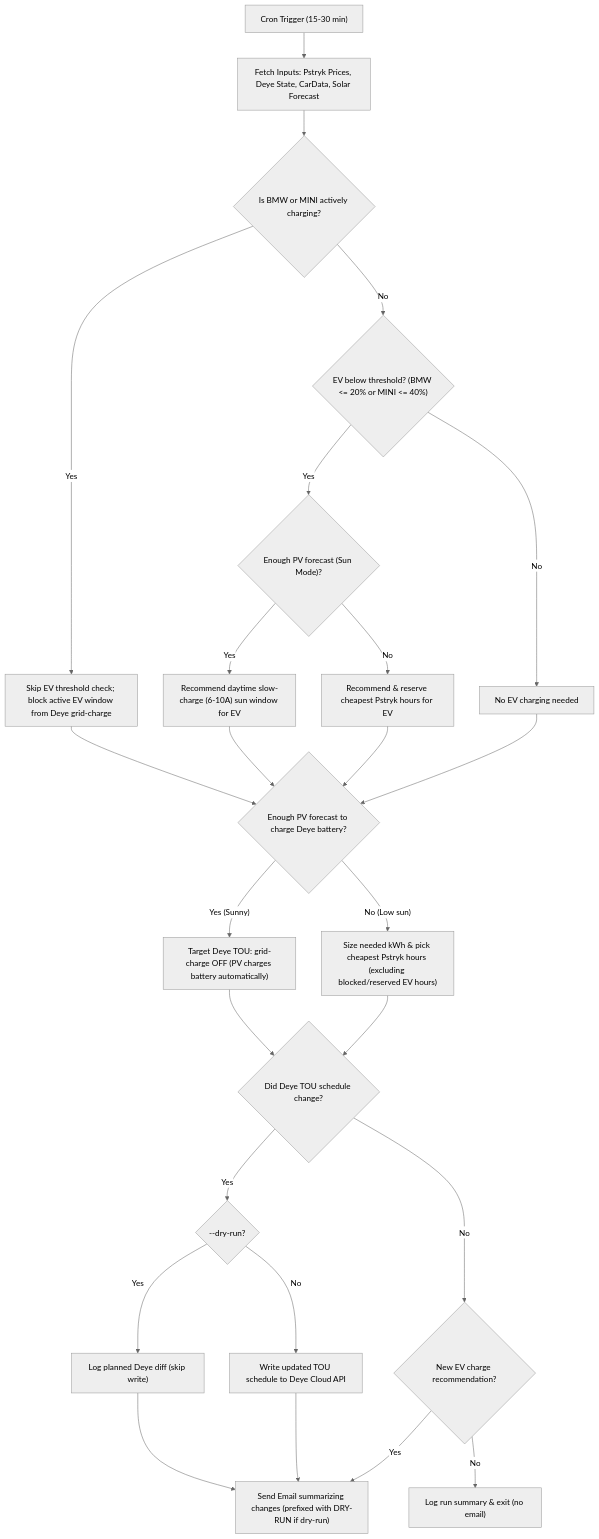
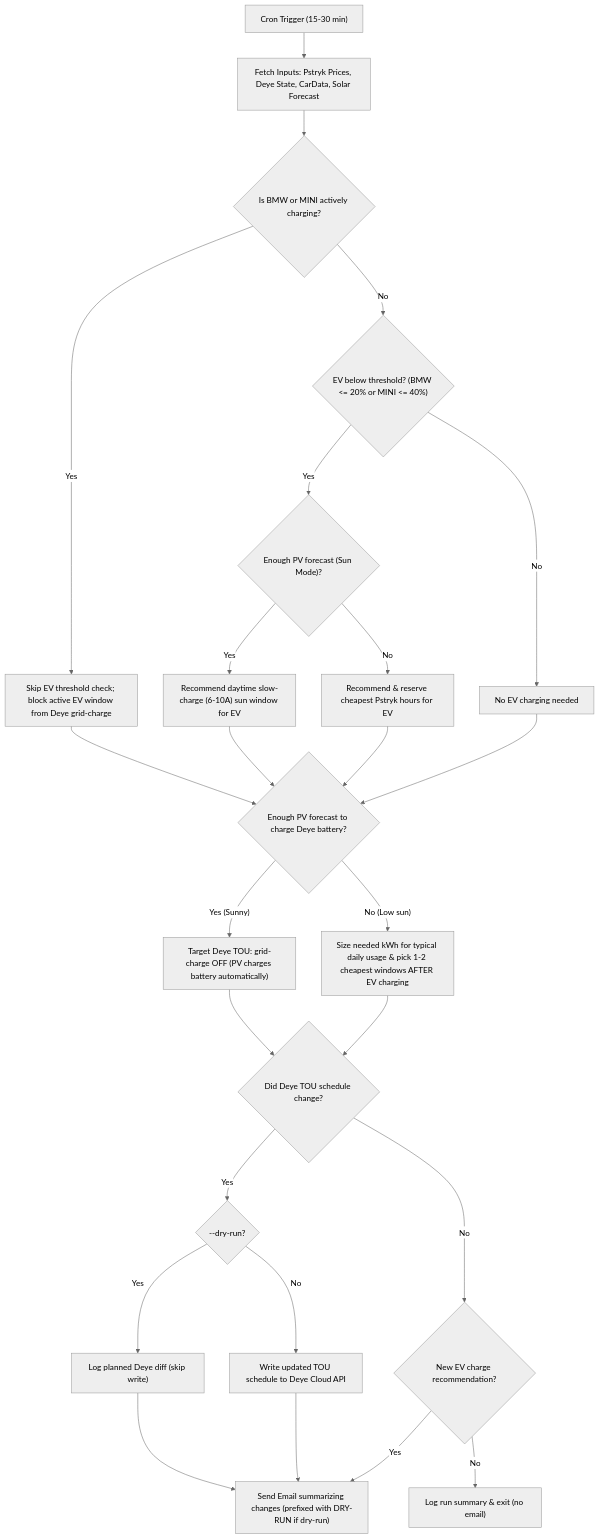
One commit to rsamborski/cheap-watts changed the diagram in docs/planning/execution-plan.md. Above: the diagram before and after it, drawn with Mermaid (neutral theme). The commit also changed other lines of this file and 3 other files, not shown here.

````diff
--- a/docs/planning/execution-plan.md
+++ b/docs/planning/execution-plan.md
@@ -64,36 +64,36 @@
 ```mermaid
 flowchart TD
     A["Cron Trigger (15-30 min)"] --> B["Fetch Inputs: Pstryk Prices, Deye State, CarData, Solar Forecast"]
 
     %% Step 1: EV state & reservation
     B --> C{"Is BMW or MINI actively charging?"}
     C -- Yes --> D["Skip EV threshold check; block active EV window from Deye grid-charge"]
     C -- No --> E{"EV below threshold? (BMW <= 20% or MINI <= 40%)"}
     E -- Yes --> F{"Enough PV forecast (Sun Mode)?"}
     F -- Yes --> G["Recommend daytime slow-charge (6-10A) sun window for EV"]
     F -- No --> H["Recommend & reserve cheapest Pstryk hours for EV"]
     E -- No --> I["No EV charging needed"]
 
     %% Step 2: Deye battery grid-charging vs PV self-charging
     D --> S{"Enough PV forecast to charge Deye battery?"}
     G --> S
     H --> S
     I --> S
 
     S -- "Yes (Sunny)" --> S1["Target Deye TOU: grid-charge OFF (PV charges battery automatically)"]
-    S -- "No (Low sun)" --> S2["Size needed kWh & pick cheapest Pstryk hours (excluding blocked/reserved EV hours)"]
+    S -- "No (Low sun)" --> S2["Size needed kWh for typical daily usage & pick 1-2 cheapest windows AFTER EV charging"]
 
     %% Step 3: Change detection, Deye write, and change-driven email
     S1 --> L{"Did Deye TOU schedule change?"}
     S2 --> L
 
     L -- Yes --> M{"--dry-run?"}
     M -- Yes --> N["Log planned Deye diff (skip write)"]
     M -- No --> O["Write updated TOU schedule to Deye Cloud API"]
     N --> Q["Send Email summarizing changes (prefixed with DRY-RUN if dry-run)"]
     O --> Q
 
     L -- No --> P{"New EV charge recommendation?"}
     P -- Yes --> Q
     P -- No --> Z["Log run summary & exit (no email)"]
 ```
````
